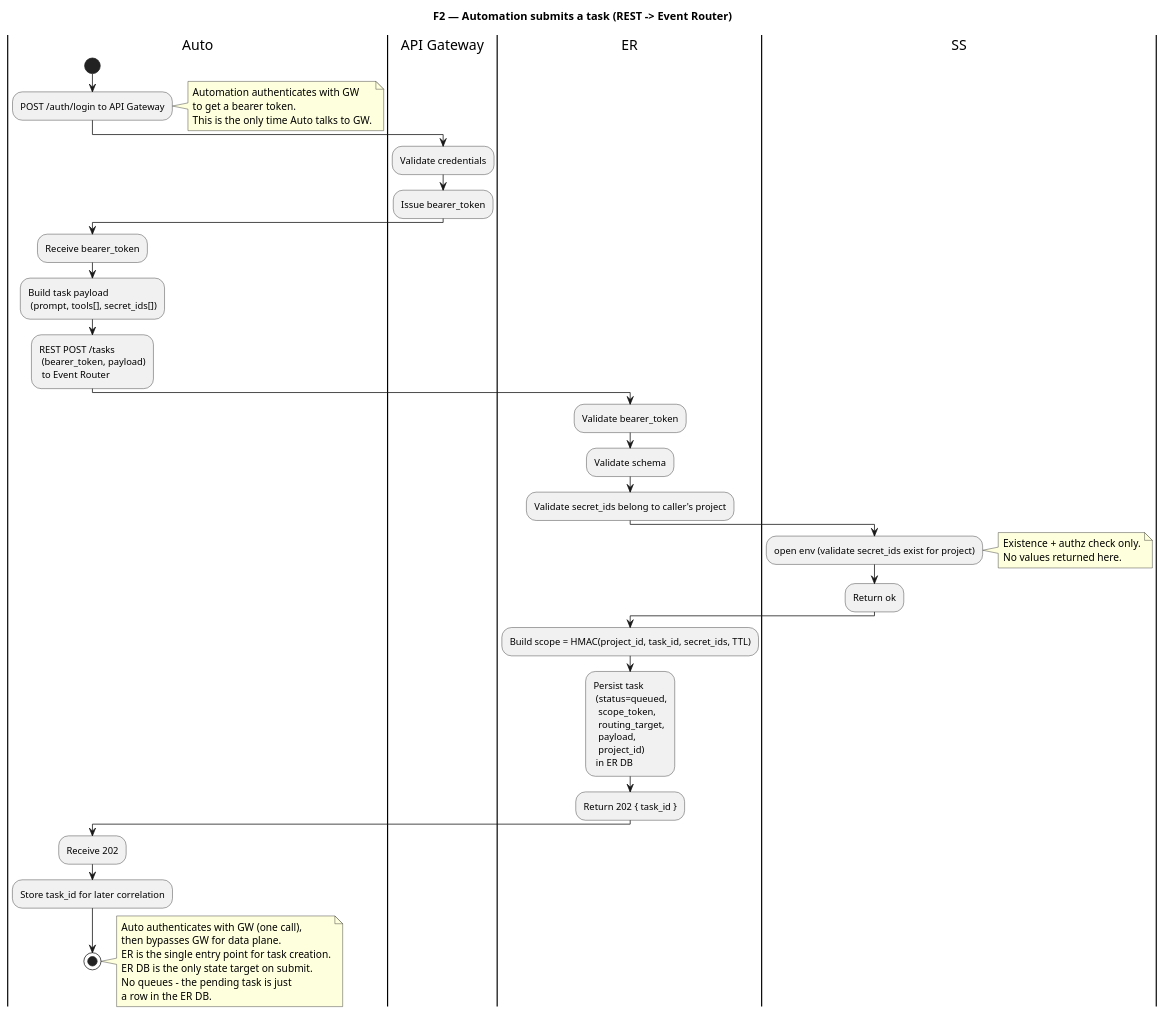
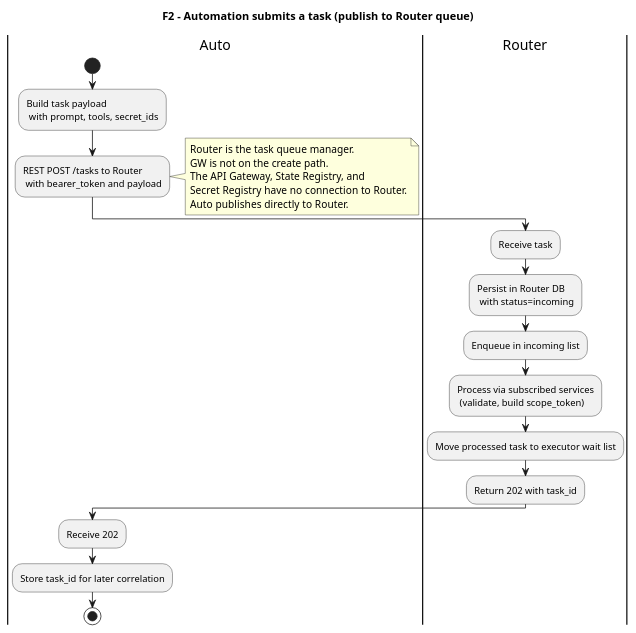
The diagram in docs/architecture/diagrams/f2-automation-submits-task.puml (pandops/flowai), drawn with PlantUML before and after one commit. The commit also changed 5 other files, not shown here.

First line of the commit message:
docs(architecture): update setup flow diagrams

```diff
--- a/docs/architecture/diagrams/f2-automation-submits-task.puml
+++ b/docs/architecture/diagrams/f2-automation-submits-task.puml
@@ -1,66 +1,35 @@
 @startuml f2-automation-submits-task
-title F2 — Automation submits a task (REST -> Event Router)
+title F2 - Automation submits a task (publish to Router queue)
 
 |Auto|
 start
-:POST /auth/login to API Gateway;
+:Build task payload
+ with prompt, tools, secret_ids;
+:REST POST /tasks to Router
+ with bearer_token and payload;
+
 note right
-  Automation authenticates with GW
-  to get a bearer token.
-  This is the only time Auto talks to GW.
+  Router is the task queue manager.
+  GW is not on the create path.
+  The API Gateway, State Registry, and
+  Secret Registry have no connection to Router.
+  Auto publishes directly to Router.
 end note
 
-|API Gateway|
-:Validate credentials;
-:Issue bearer_token;
-
-|Auto|
-:Receive bearer_token;
-:Build task payload
- (prompt, tools[], secret_ids[]);
-:REST POST /tasks
- (bearer_token, payload)
- to Event Router;
-
-|ER|
-:Validate bearer_token;
-:Validate schema;
-:Validate secret_ids belong to caller's project;
-
-|SS|
-:open env (validate secret_ids exist for project);
-note right
-  Existence + authz check only.
-  No values returned here.
-end note
-
-|SS|
-:Return ok;
-
-|ER|
-:Build scope = HMAC(project_id, task_id, secret_ids, TTL);
-:Persist task
- (status=queued,
-  scope_token,
-  routing_target,
-  payload,
-  project_id)
- in ER DB;
-:Return 202 { task_id };
+|Router|
+:Receive task;
+:Persist in Router DB
+ with status=incoming;
+:Enqueue in incoming list;
+:Process via subscribed services
+ (validate, build scope_token);
+:Move processed task to executor wait list;
+:Return 202 with task_id;
 
 |Auto|
 :Receive 202;
 :Store task_id for later correlation;
 
 stop
 
-note right
-  Auto authenticates with GW (one call),
-  then bypasses GW for data plane.
-  ER is the single entry point for task creation.
-  ER DB is the only state target on submit.
-  No queues - the pending task is just
-  a row in the ER DB.
-end note
-
 @enduml
```
